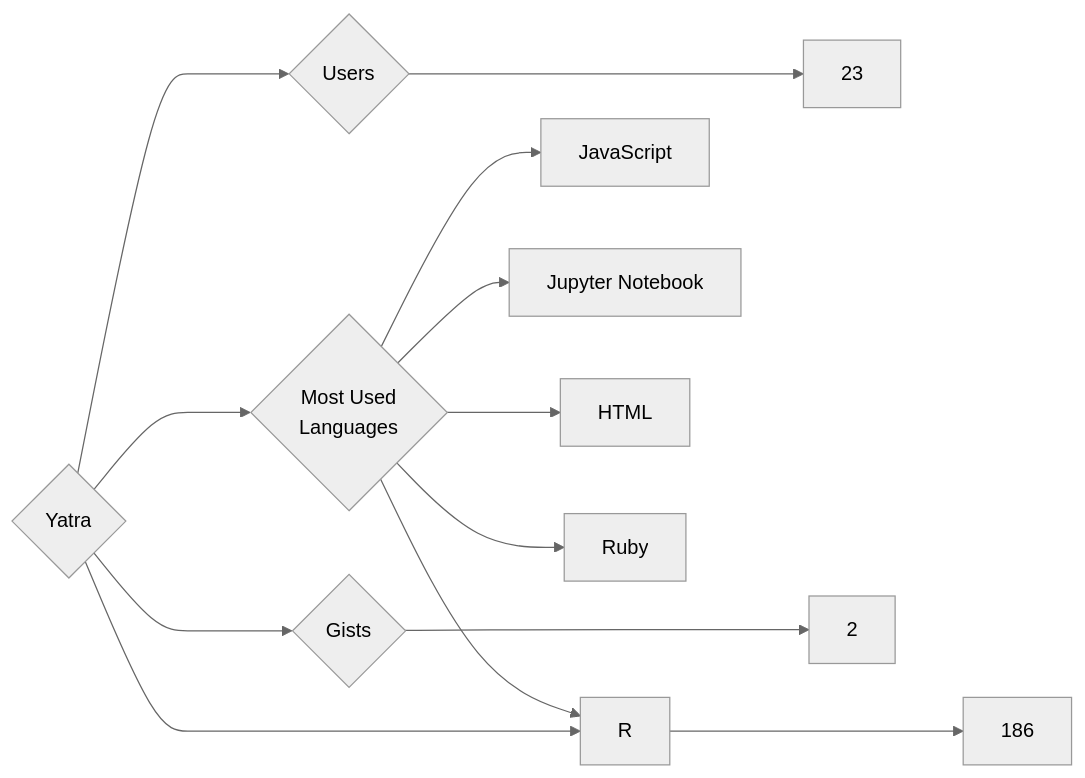
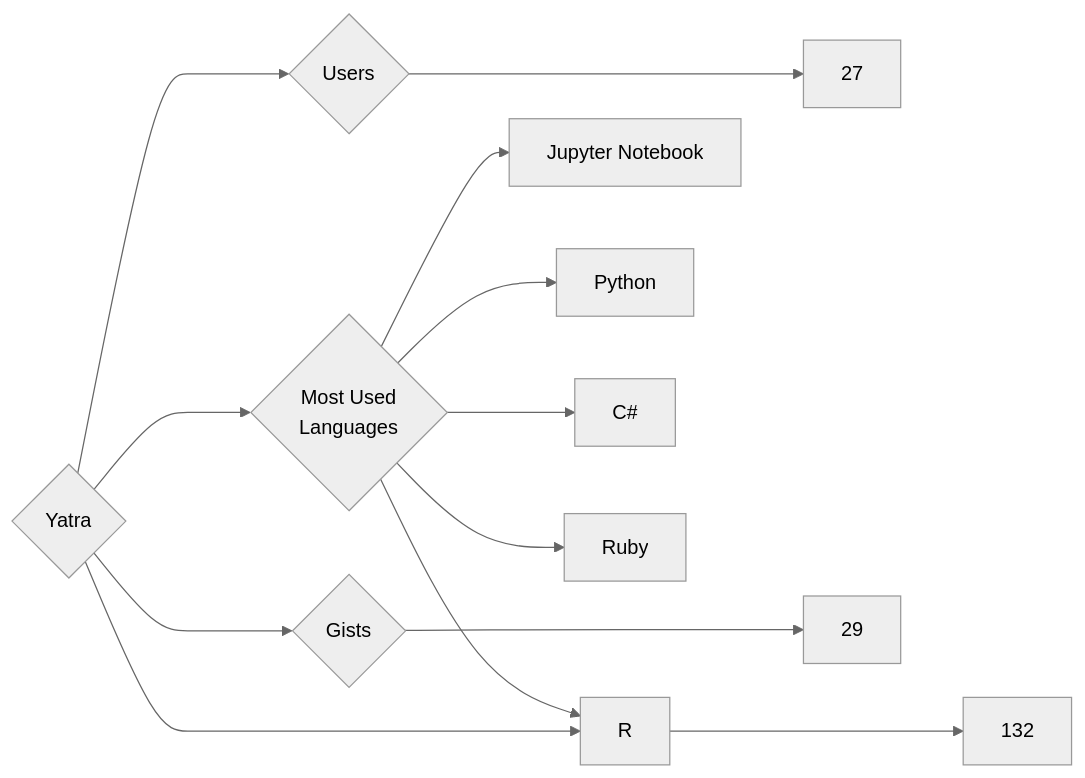
Before and after one commit to trickest/insiders: the diagram in targets/Yatra/README.md, drawn with Mermaid (neutral theme). The commit also changed 851 other files, not shown here.

````diff
--- a/targets/Yatra/README.md
+++ b/targets/Yatra/README.md
@@ -3,13 +3,13 @@
 ```mermaid
 graph LR
 COMPANY_NAME{Yatra}
-COMPANY_NAME ---> U{Users} ---> UN[23]
-COMPANY_NAME ---> R{Repositories} ---> RN[186]
-COMPANY_NAME ---> G{Gists} ---> GN[2]
+COMPANY_NAME ---> U{Users} ---> UN[27]
+COMPANY_NAME ---> R{Repositories} ---> RN[132]
+COMPANY_NAME ---> G{Gists} ---> GN[29]
 COMPANY_NAME ---> ML{Most Used<br>Languages}
-ML --> JavaScript[JavaScript]
 ML --> Jupyter_Notebook[Jupyter Notebook]
-ML --> HTML[HTML]
+ML --> Python[Python]
+ML --> C#[C#]
+ML --> Ruby[Ruby]
 ML --> R[R]
-ML --> Ruby[Ruby]
 ```
````
